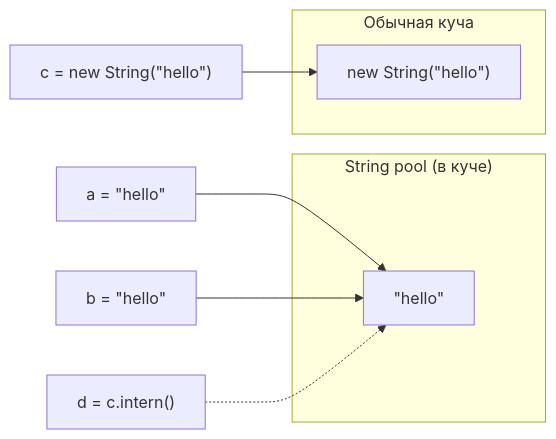
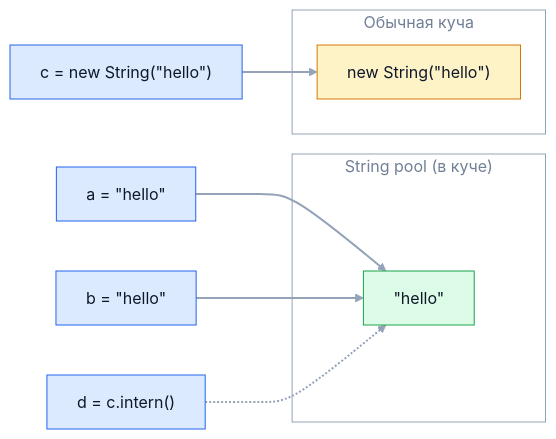
The diagram in kb/02-java-core/06-strings.md (bogdan111305/java-senior-roadmap), drawn with Mermaid before and after one commit. The commit also changed 31 other files, not shown here.

````diff
--- a/kb/02-java-core/06-strings.md
+++ b/kb/02-java-core/06-strings.md
@@ -64,13 +64,24 @@
 ```mermaid
 flowchart LR
-    subgraph "String pool (в куче)"
+    subgraph POOL["String pool (в куче)"]
     P["#quot;hello#quot;"]
     end
-    subgraph "Обычная куча"
+    subgraph HEAP["Обычная куча"]
     N["new String(#quot;hello#quot;)"]
     end
     a["a = #quot;hello#quot;"] --> P
     b["b = #quot;hello#quot;"] --> P
     c["c = new String(#quot;hello#quot;)"] --> N
     d["d = c.intern()"] -.-> P
+    classDef main fill:#dbeafe,stroke:#2563eb,color:#0f172a
+    classDef accent fill:#fef3c7,stroke:#d97706,color:#0f172a
+    classDef good fill:#dcfce7,stroke:#16a34a,color:#0f172a
+    classDef muted fill:#f1f5f9,stroke:#64748b,color:#0f172a
+    classDef bad fill:#fee2e2,stroke:#dc2626,color:#0f172a
+    class a,b,c,d main
+    class P good
+    class N accent
+    style POOL fill:none,stroke:#94a3b8,color:#718096
+    style HEAP fill:none,stroke:#94a3b8,color:#718096
+    linkStyle default stroke:#94a3b8,stroke-width:2px
 ```
````
